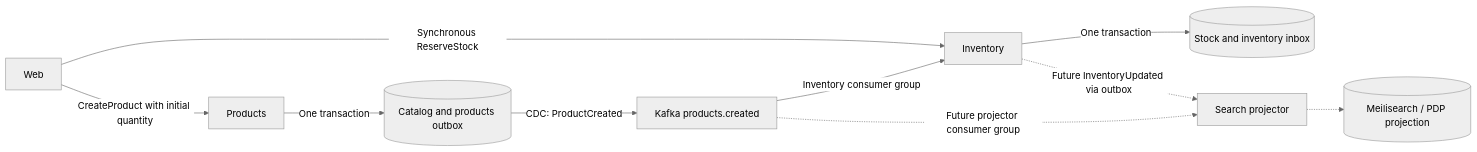
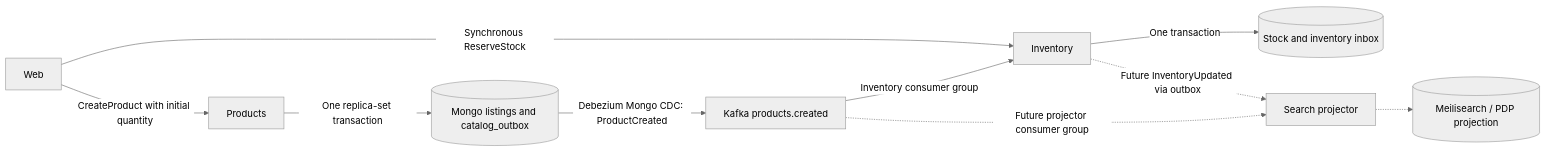
Before and after one commit to phuchoang2603/refurbished-marketplace: the first of 3 diagrams in docs/catalog-inventory-search.md, drawn with Mermaid (neutral theme). The commit also changed other lines of this file and 73 other files, not shown here.

First line of the commit message:
Cut catalog source of truth to MongoDB (#60)

````diff
--- a/docs/catalog-inventory-search.md
+++ b/docs/catalog-inventory-search.md
@@ -20,12 +20,12 @@
 ```mermaid
 flowchart LR
   W[Web] -->|CreateProduct with initial quantity| P[Products]
-  P -->|One transaction| C[(Catalog and products outbox)]
-  C -->|CDC: ProductCreated| K[Kafka products.created]
+  P -->|One replica-set transaction| C[(Mongo listings and catalog_outbox)]
+  C -->|Debezium Mongo CDC: ProductCreated| K[Kafka products.created]
   K -->|Inventory consumer group| I[Inventory]
   I -->|One transaction| L[(Stock and inventory inbox)]
   K -.->|Future projector consumer group| S[Search projector]
   I -.->|Future InventoryUpdated via outbox| S
   S -.-> M[(Meilisearch / PDP projection)]
   W -->|Synchronous ReserveStock| I
 ```
````
